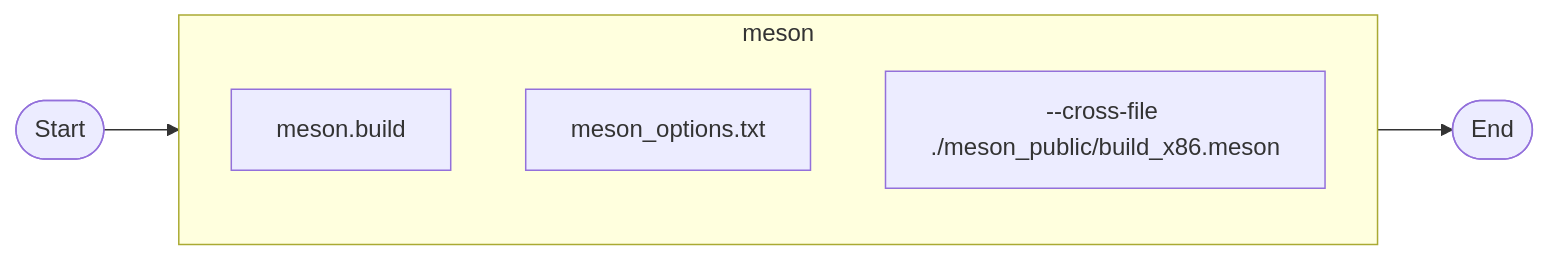
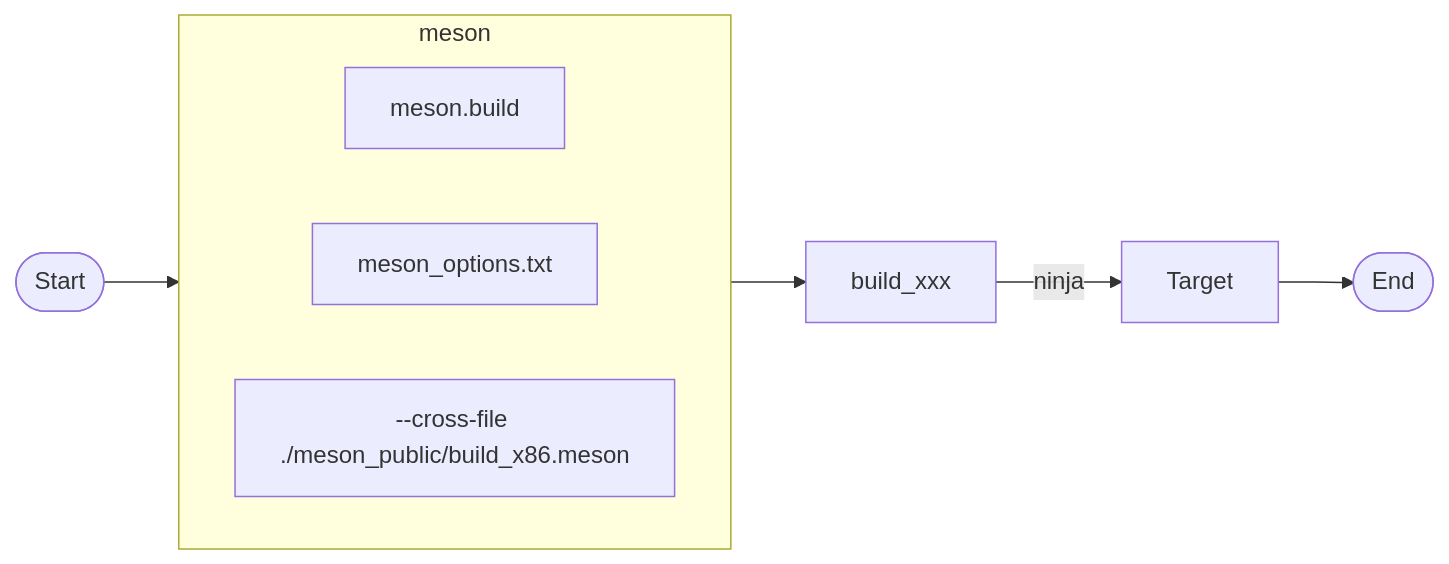
The third of 4 diagrams in README.md (lankahsu520/makeXcmakeXmesonXgn), drawn with Mermaid before and after one commit. The commit also changed other lines of this file and 16 other files, not shown here.

````diff
--- a/README.md
+++ b/README.md
@@ -64,13 +65,14 @@
 ```mermaid
 flowchart LR
 	Start([Start])
 	subgraph meson[meson]
+		direction LR
 		meson_build[meson.build]
 		meson_options[meson_options.txt]
 		cross[--cross-file ./meson_public/build_x86.meson]
 	end
 	End([End])
 	
-	Start --> meson --> End
+	Start --> meson --> build_xxx --> |ninja|Target --> End
 
 ```
````
